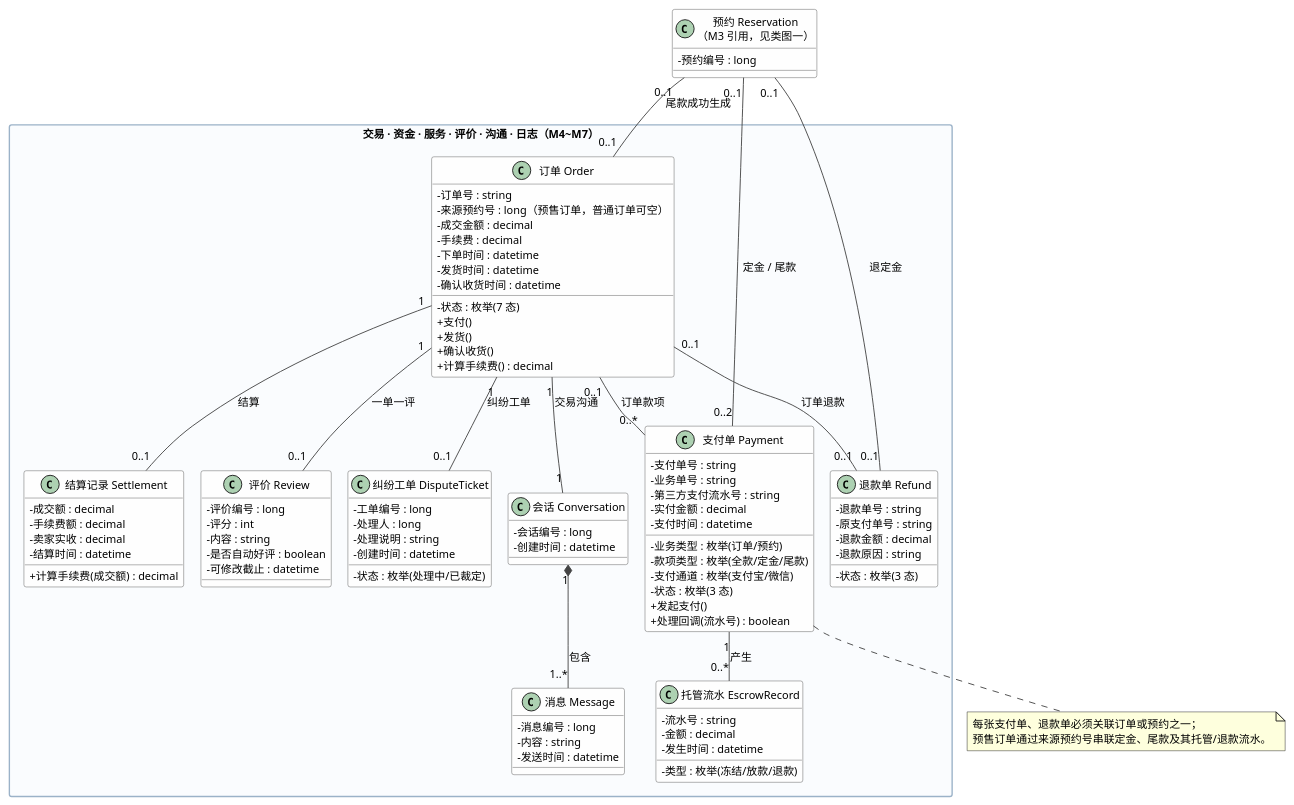
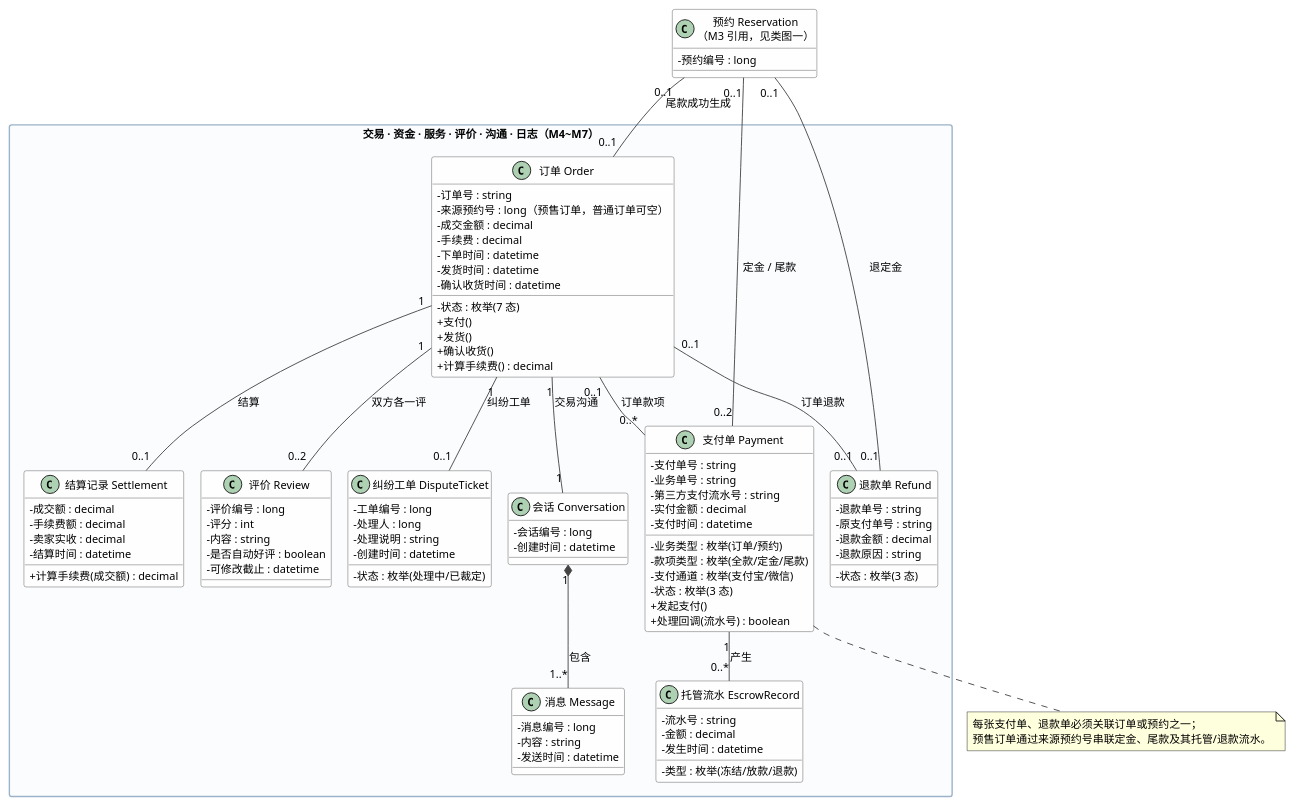
The diagram in lab02/UML/类图2_交易资金服务.puml (XuHR233/SE-lab1-requirements), drawn with PlantUML before and after one commit. The commit also changed 17 other files, not shown here.

Commit message:
docs: 补充实验二报告说明并修正图文一致性

```diff
--- a/lab02/UML/类图2_交易资金服务.puml
+++ b/lab02/UML/类图2_交易资金服务.puml
@@ -1,113 +1,113 @@
 @startuml
 ' 实验二 · 二手交易系统 · 类图（二）交易 · 资金 · 服务 · 评价 · 沟通 · 日志（M4~M7）
 ' 依据：requirements.md REQ-011~023；模块与组件图 M4~M7 对应
 skinparam defaultFontName "Microsoft YaHei"
 skinparam defaultFontSize 12
 skinparam classAttributeIconSize 0
 skinparam shadowing false
 skinparam nodesep 18
 skinparam ranksep 36
 skinparam packageStyle rectangle
 skinparam class {
   BackgroundColor #FEFEFE
   BorderColor #555555
   ArrowColor #444444
 }
 skinparam packageBackgroundColor #FAFCFE
 skinparam packageBorderColor #9BB2C8
 
 package "交易 · 资金 · 服务 · 评价 · 沟通 · 日志（M4~M7）" as P4 {
   class "订单 Order" as Order {
     -订单号 : string
     -来源预约号 : long（预售订单，普通订单可空）
     -成交金额 : decimal
     -手续费 : decimal
     -状态 : 枚举(7 态)
     -下单时间 : datetime
     -发货时间 : datetime
     -确认收货时间 : datetime
     +支付()
     +发货()
     +确认收货()
     +计算手续费() : decimal
   }
   class "支付单 Payment" as Payment {
     -支付单号 : string
     -业务类型 : 枚举(订单/预约)
     -业务单号 : string
     -款项类型 : 枚举(全款/定金/尾款)
     -支付通道 : 枚举(支付宝/微信)
     -第三方支付流水号 : string
     -实付金额 : decimal
     -状态 : 枚举(3 态)
     -支付时间 : datetime
     +发起支付()
     +处理回调(流水号) : boolean
   }
   class "托管流水 EscrowRecord" as EscrowRecord {
     -流水号 : string
     -类型 : 枚举(冻结/放款/退款)
     -金额 : decimal
     -发生时间 : datetime
   }
   class "退款单 Refund" as Refund {
     -退款单号 : string
     -原支付单号 : string
     -退款金额 : decimal
     -退款原因 : string
     -状态 : 枚举(3 态)
   }
   class "结算记录 Settlement" as Settlement {
     -成交额 : decimal
     -手续费额 : decimal
     -卖家实收 : decimal
     -结算时间 : datetime
     +计算手续费(成交额) : decimal
   }
   class "评价 Review" as Review {
     -评价编号 : long
     -评分 : int
     -内容 : string
     -是否自动好评 : boolean
     -可修改截止 : datetime
   }
   class "纠纷工单 DisputeTicket" as DisputeTicket {
     -工单编号 : long
     -处理人 : long
     -处理说明 : string
     -状态 : 枚举(处理中/已裁定)
     -创建时间 : datetime
   }
   class "会话 Conversation" as Conversation {
     -会话编号 : long
     -创建时间 : datetime
   }
   class "消息 Message" as Message {
     -消息编号 : long
     -内容 : string
     -发送时间 : datetime
   }
 }
 
 class "预约 Reservation\n（M3 引用，见类图一）" as Reservation {
   -预约编号 : long
 }
 
 Order "0..1" -- "0..*" Payment : 订单款项
 Reservation "0..1" -- "0..2" Payment : 定金 / 尾款
 Reservation "0..1" -- "0..1" Order : 尾款成功生成
 Order "0..1" -- "0..1" Refund : 订单退款
 Reservation "0..1" -- "0..1" Refund : 退定金
 Order "1" -- "0..1" Settlement : 结算
-Order "1" -- "0..1" Review : 一单一评
+Order "1" -- "0..2" Review : 双方各一评
 Order "1" -- "0..1" DisputeTicket : 纠纷工单
 Order "1" -- "1" Conversation : 交易沟通
 Payment "1" -- "0..*" EscrowRecord : 产生
 Conversation "1" *-- "1..*" Message : 包含
 
 note bottom of Payment
   每张支付单、退款单必须关联订单或预约之一；
   预售订单通过来源预约号串联定金、尾款及其托管/退款流水。
 end note
 
 @enduml
```
